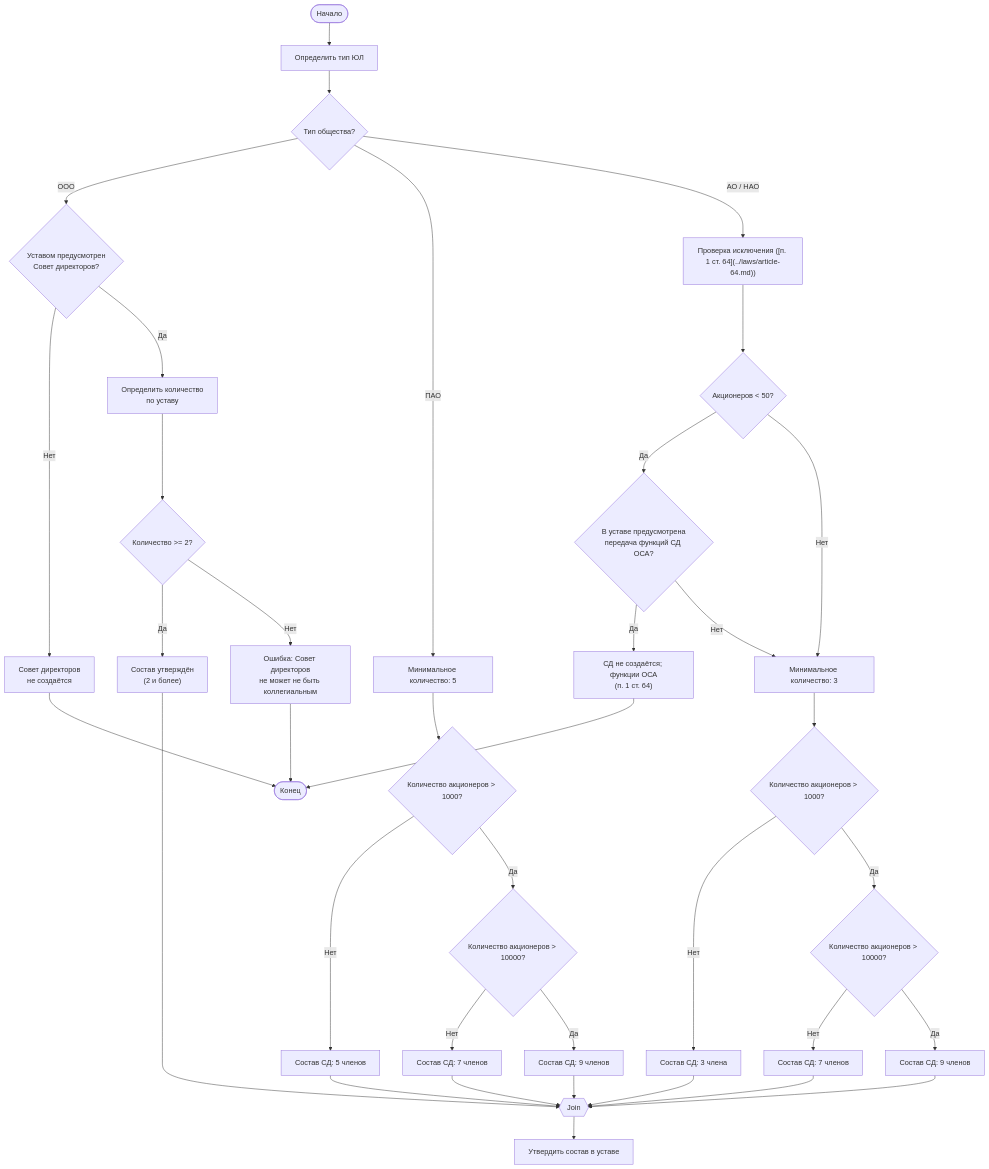
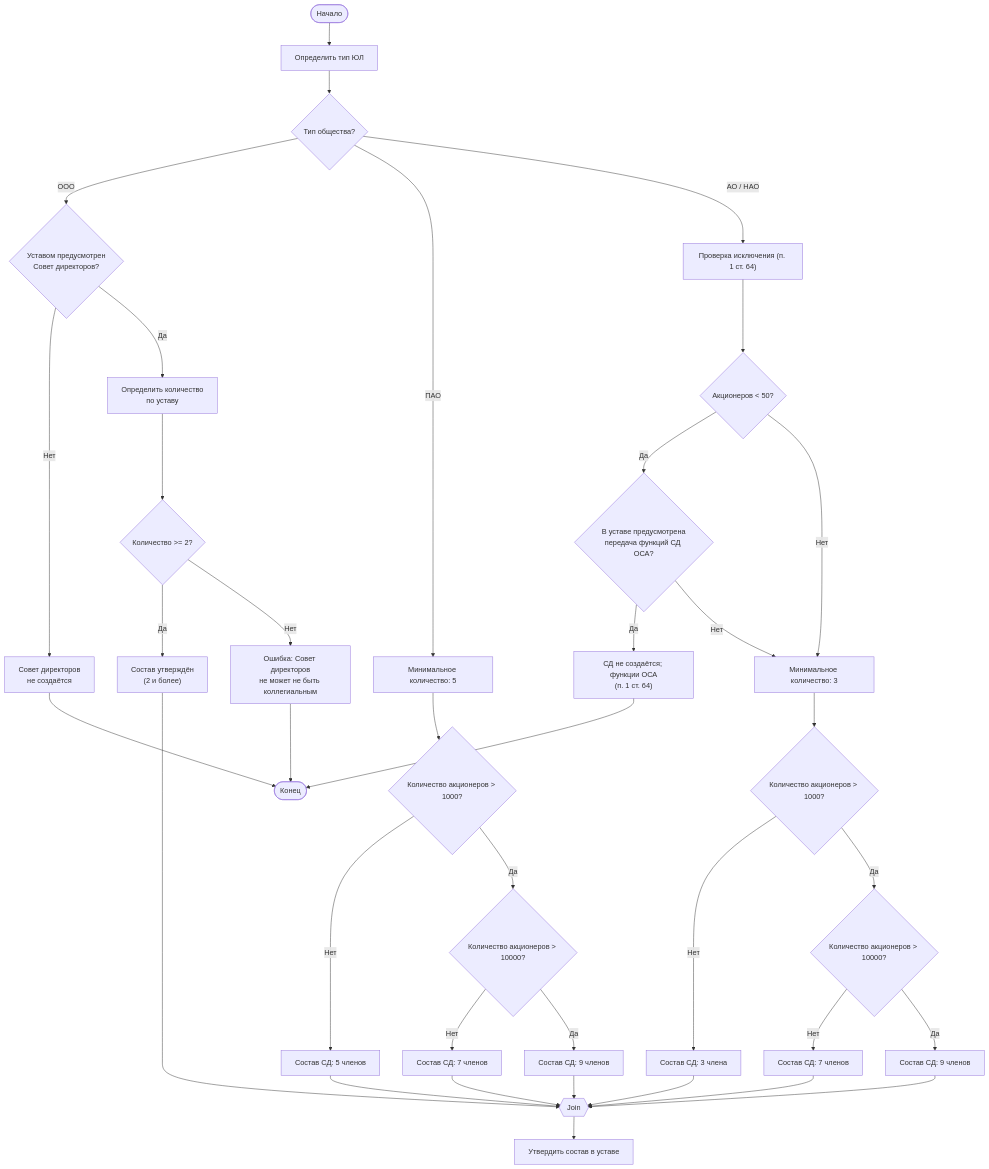
Before and after one commit to arsenyuk/SamorodinkaTech.Fiducia: the diagram in docs/business-processes/board_min_members.md, drawn with Mermaid. The commit also changed other lines of this file and 11 other files, not shown here.

````diff
--- a/docs/business-processes/board_min_members.md
+++ b/docs/business-processes/board_min_members.md
@@ -59,49 +59,49 @@
 ```mermaid
 flowchart TD
     Start([Начало]) --> A[Определить тип ЮЛ]
 
     A --> B{Тип общества?}
 
     B -->|ООО| C{Уставом предусмотрен\nСовет директоров?}
     C -->|Нет| D[Совет директоров\nне создаётся]
     D --> Stop([Конец])
 
     C -->|Да| E[Определить количество\nпо уставу]
     E --> F{Количество >= 2?}
     F -->|Да| H["Состав утверждён\n(2 и более)"]
     F -->|Нет| G[Ошибка: Совет директоров\nне может не быть коллегиальным]
     G --> Stop
 
     B -->|ПАО| I[Минимальное количество: 5]
-    B -->|АО / НАО| J0["Проверка исключения ([п. 1 ст. 64](../laws/article-64.md))"]
+    B -->|АО / НАО| J0["Проверка исключения (п. 1 ст. 64)"]
     J0 --> U{Акционеров < 50?}
     U -->|Да| V0{В уставе предусмотрена\nпередача функций СД ОСА?}
     V0 -->|Да| D2["СД не создаётся; функции ОСА\n(п. 1 ст. 64)"]
     D2 --> Stop
     V0 -->|Нет| J[Минимальное количество: 3]
     U -->|Нет| J
 
     I --> K{Количество акционеров > 1000?}
     J --> L{Количество акционеров > 1000?}
 
     K -->|Нет| M[Состав СД: 5 членов]
     K -->|Да| N{Количество акционеров > 10000?}
     N -->|Нет| O[Состав СД: 7 членов]
     N -->|Да| P[Состав СД: 9 членов]
 
     L -->|Нет| Q[Состав СД: 3 члена]
     L -->|Да| R{Количество акционеров > 10000?}
     R -->|Нет| S[Состав СД: 7 членов]
     R -->|Да| T[Состав СД: 9 членов]
 
     %% FORK: объединение всех путей (кроме D и G)
     H --> Join1{{Join}}
     M --> Join1
     O --> Join1
     P --> Join1
     Q --> Join1
     S --> Join1
     T --> Join1
 
     Join1 --> V[Утвердить состав в уставе]
 ```
````
